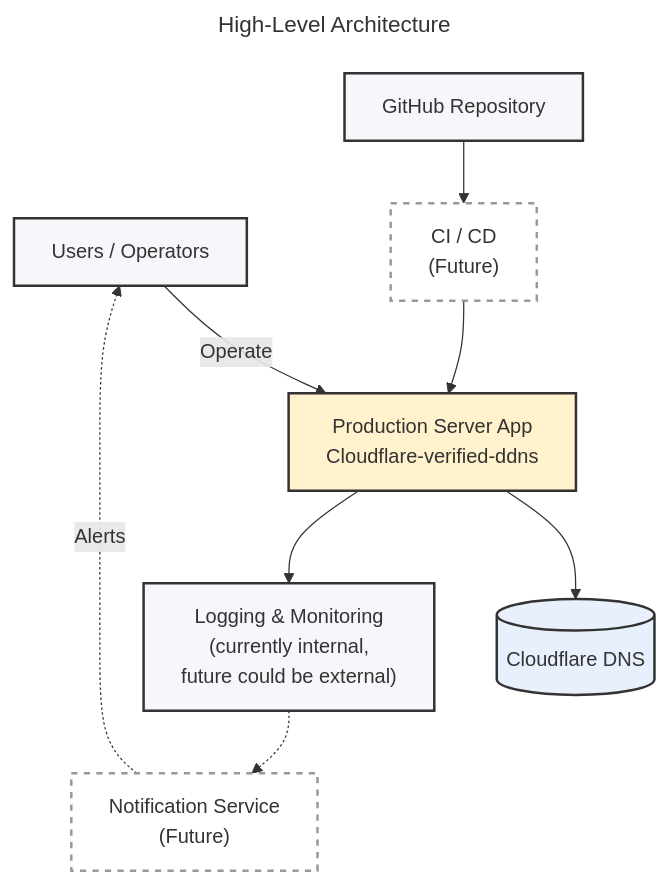
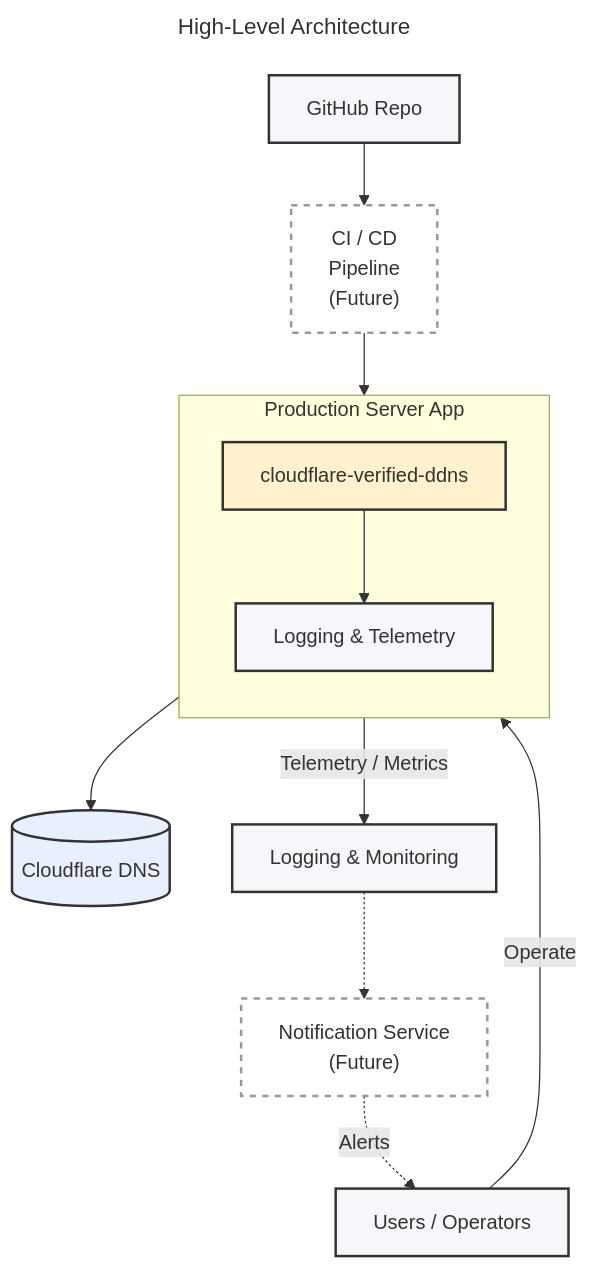
One commit to bkaewell/cloudflare-verified-ddns changed the first of 12 diagrams in docs/ARCHITECTURE.md. Above: the diagram before and after it, drawn with Mermaid.

Commit message:
Experimenting with mermaid diagrams

````diff
--- a/docs/ARCHITECTURE.md
+++ b/docs/ARCHITECTURE.md
@@ -5,37 +5,48 @@
 ```mermaid
 ---
 title: High-Level Architecture
 ---
 flowchart TB
-    %% Nodes
+    %% Users & Repo
     USERS[Users / Operators]
-    REPO[GitHub Repository]
-    CICD["CI / CD<br/>(Future)"]
-    APP[Production Server App<br/>Cloudflare-verified-ddns]
+    REPO[GitHub Repo]
+    CICD["CI / CD<br/>Pipeline<br/>(Future)"]
+
+    %% Host + Deployed Software
+    subgraph APPBOX["Production Server App"]
+        direction TB
+        DDNS[cloudflare-verified-ddns]
+        TLOG[Logging & Telemetry]
+    end
+
+    %% External Systems
     CF[(Cloudflare DNS)]
-    LOGS["Logging & Monitoring<br/>(currently internal,<br/> future could be external)"]
+    LOGS[Logging & Monitoring]
     NOTIFY["Notification Service<br/>(Future)"]
 
     %% Core Flow
-    USERS -->|Operate| APP
+    USERS -->|Operate| DDNS
 
     REPO --> CICD
-    CICD --> APP
-    APP --> CF
-    APP --> LOGS
+    CICD --> DDNS
+    DDNS --> CF
 
     %% Observability & Feedback
+    DDNS --> TLOG
+    TLOG -->|Telemetry / Metrics| LOGS
     LOGS -.-> NOTIFY
-    NOTIFY -.->|Alerts| USERS
+    NOTIFY -.->|Alerts| USERS    
+
 
     %% Styling
     classDef core fill:#fff2cc,stroke:#333,stroke-width:2px;
     classDef neutral fill:#f5f7fa,stroke:#333,stroke-width:2px;
     classDef cloud fill:#e8f0fe,stroke:#333,stroke-width:2px;
     classDef future fill:#ffffff,stroke:#999,stroke-width:2px,stroke-dasharray: 5 5;
 
-    class APP core;
+    class DDNS core;
+    class TLOG neutral;
     class REPO,USERS,LOGS neutral;
     class CF cloud;
     class CICD,NOTIFY future;
 ```
````
